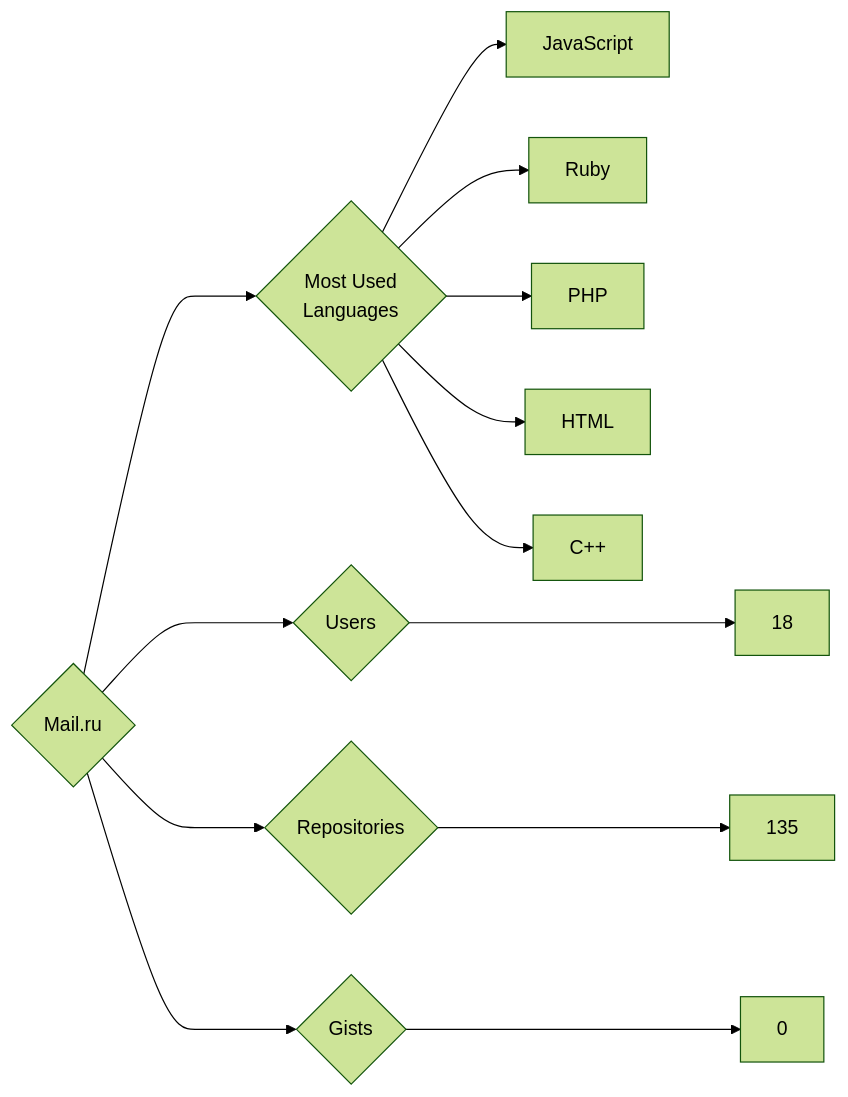
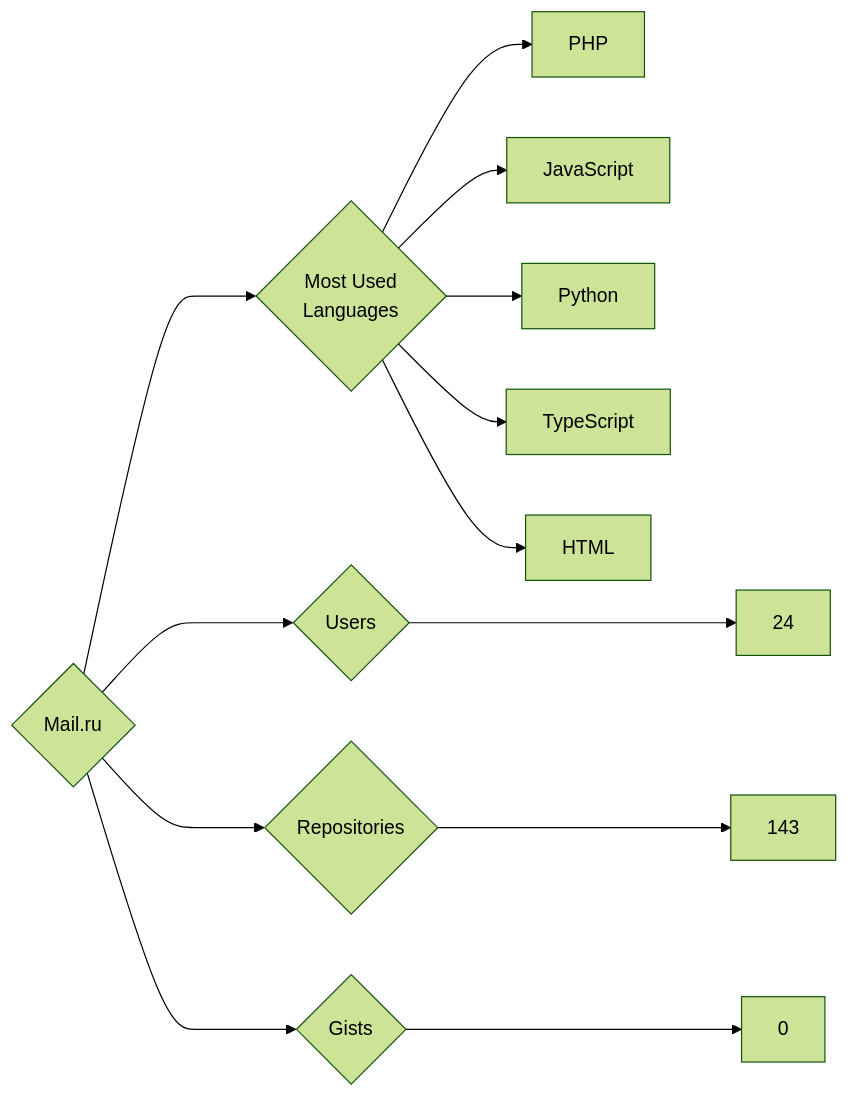
One commit to trickest/insiders changed the diagram in targets/Mail.ru/README.md. Above: the diagram before and after it, drawn with Mermaid (forest theme). The commit also changed 930 other files, not shown here.

````diff
--- a/targets/Mail.ru/README.md
+++ b/targets/Mail.ru/README.md
@@ -3,13 +3,13 @@
 ```mermaid
 graph LR
 COMPANY_NAME{Mail.ru}
-COMPANY_NAME ---> U{Users} ---> UN[18]
-COMPANY_NAME ---> R{Repositories} ---> RN[135]
+COMPANY_NAME ---> U{Users} ---> UN[24]
+COMPANY_NAME ---> R{Repositories} ---> RN[143]
 COMPANY_NAME ---> G{Gists} ---> GN[0]
 COMPANY_NAME ---> ML{Most Used<br>Languages}
+ML --> PHP[PHP]
 ML --> JavaScript[JavaScript]
-ML --> Ruby[Ruby]
-ML --> PHP[PHP]
+ML --> Python[Python]
+ML --> TypeScript[TypeScript]
 ML --> HTML[HTML]
-ML --> C++[C++]
 ```
````
